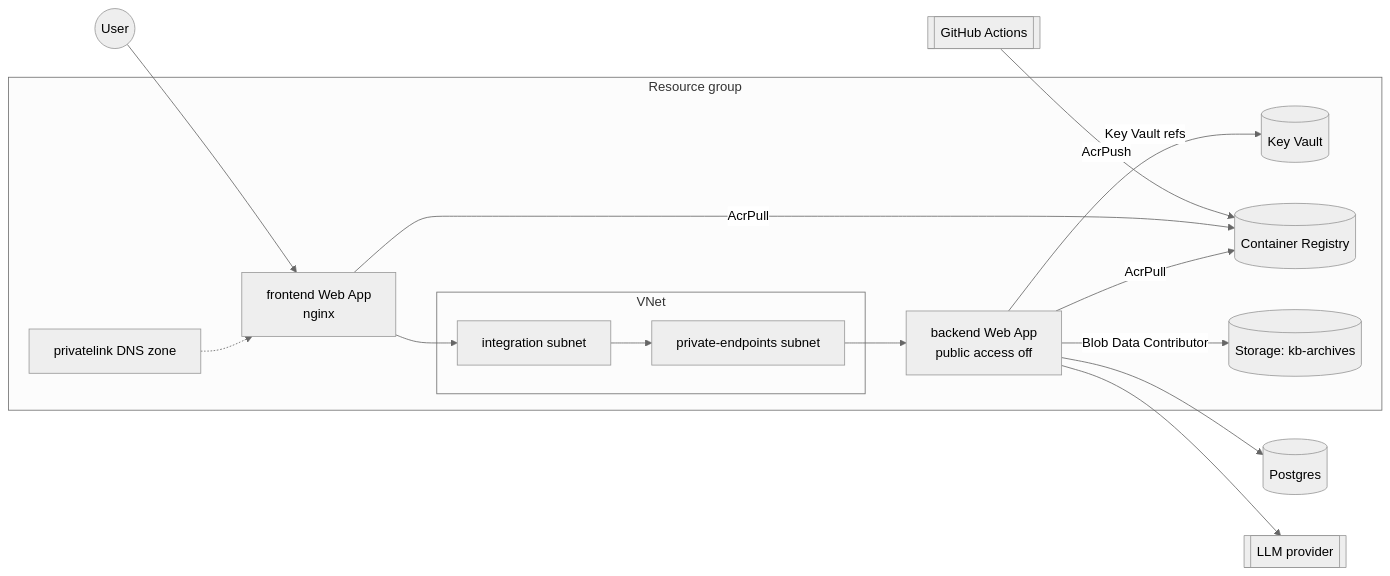
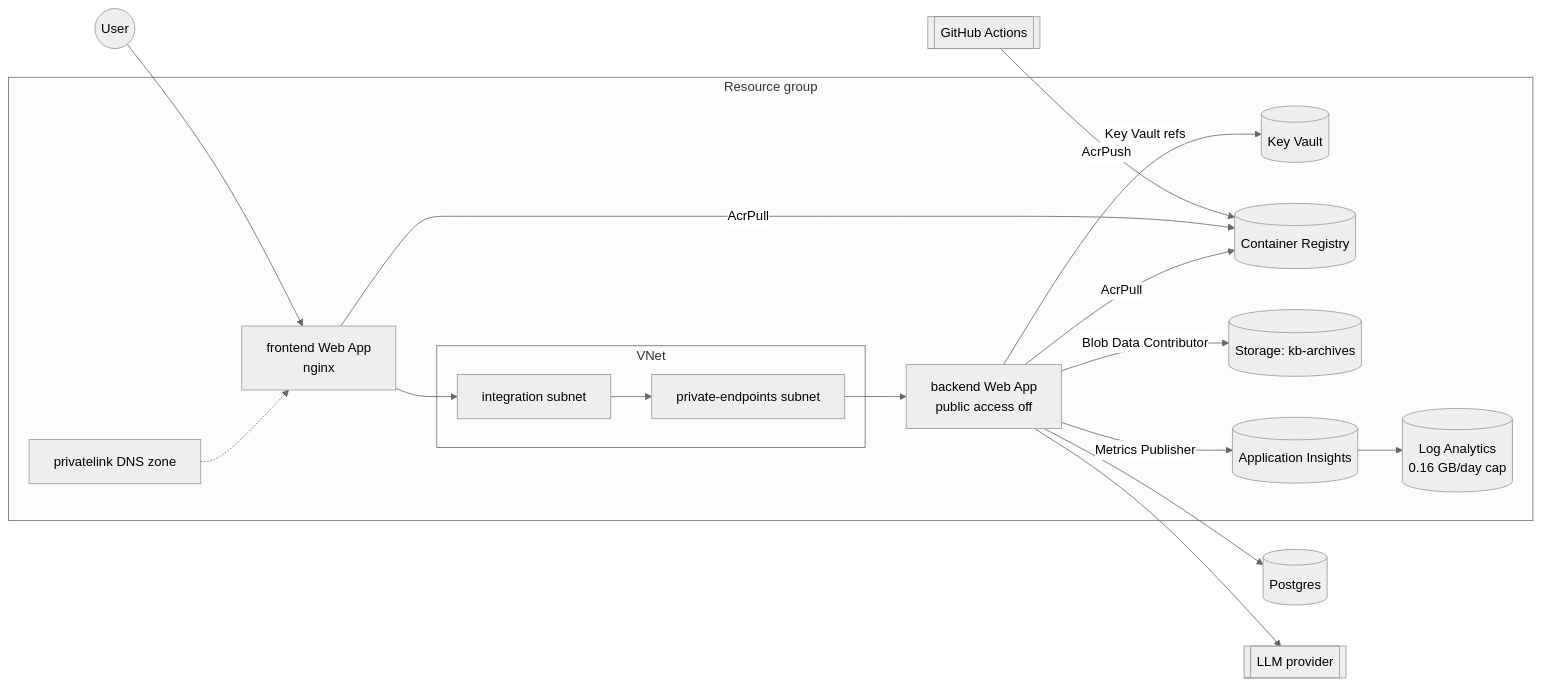
One commit to hadifar/rag changed the diagram in docs/diagrams/azure-deployment.md. Above: the diagram before and after it, drawn with Mermaid (neutral theme). The commit also changed 18 other files, not shown here.

Commit message:
feat(infra): add Application Insights on the free allowance

````diff
--- a/docs/diagrams/azure-deployment.md
+++ b/docs/diagrams/azure-deployment.md
@@ -5,32 +5,36 @@
 ```mermaid
 graph LR
     user((User))
     ci[[GitHub Actions]]
 
     subgraph rg[Resource group]
         subgraph vnet[VNet]
             integ[integration subnet]
             pe[private-endpoints subnet]
         end
         fe["frontend Web App<br/>nginx"]
         be["backend Web App<br/>public access off"]
         kv[(Key Vault)]
         acr[(Container Registry)]
         blob[(Storage: kb-archives)]
         dns[privatelink DNS zone]
+        appi[(Application Insights)]
+        logs[(Log Analytics<br/>0.16 GB/day cap)]
     end
 
     pg[(Postgres)]
     llm[[LLM provider]]
 
     user --> fe
     fe --> integ --> pe --> be
     dns -.-> fe
     be -->|Key Vault refs| kv
     be -->|Blob Data Contributor| blob
+    be -->|Metrics Publisher| appi
+    appi --> logs
     be --> pg
     be --> llm
     ci -->|AcrPush| acr
     fe -->|AcrPull| acr
     be -->|AcrPull| acr
 ```
````
